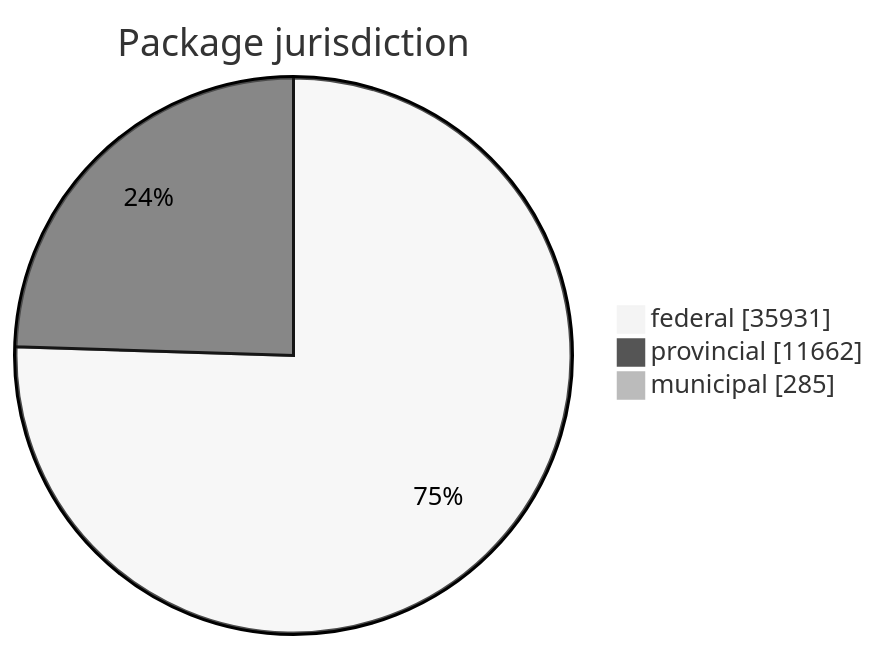
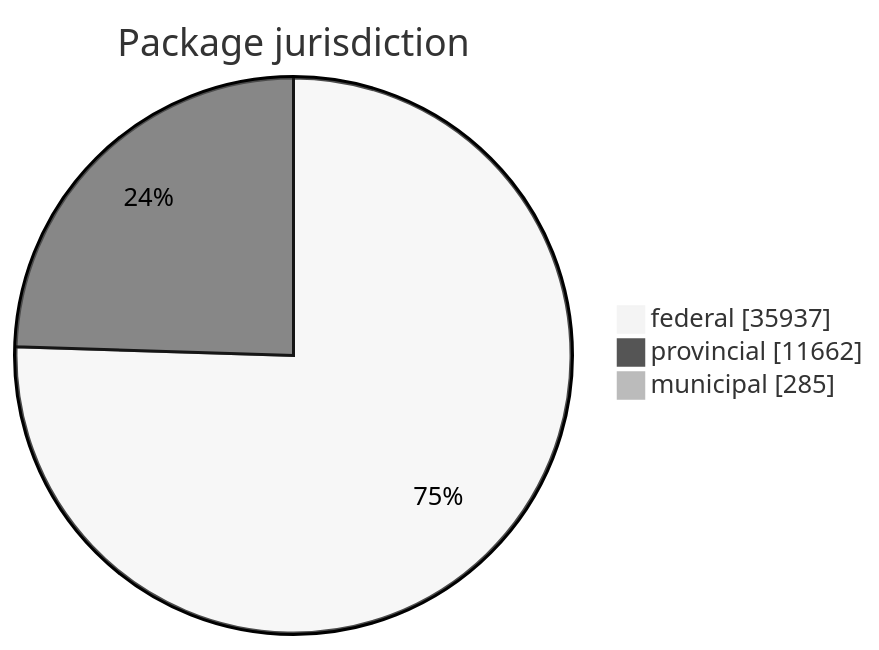
One commit to open-data/analytics-corporate-reporting changed the first of 5 diagrams in FreshCheck/README.md. Above: the diagram before and after it, drawn with Mermaid (neutral theme). The commit also changed other lines of this file and 3 other files, not shown here.

````diff
--- a/FreshCheck/README.md
+++ b/FreshCheck/README.md
@@ -60,6 +60,6 @@
 ```mermaid
 pie showData title Package jurisdiction
-    "federal": 35931
+    "federal": 35937
     "provincial": 11662
     "municipal": 285
 ```
````
